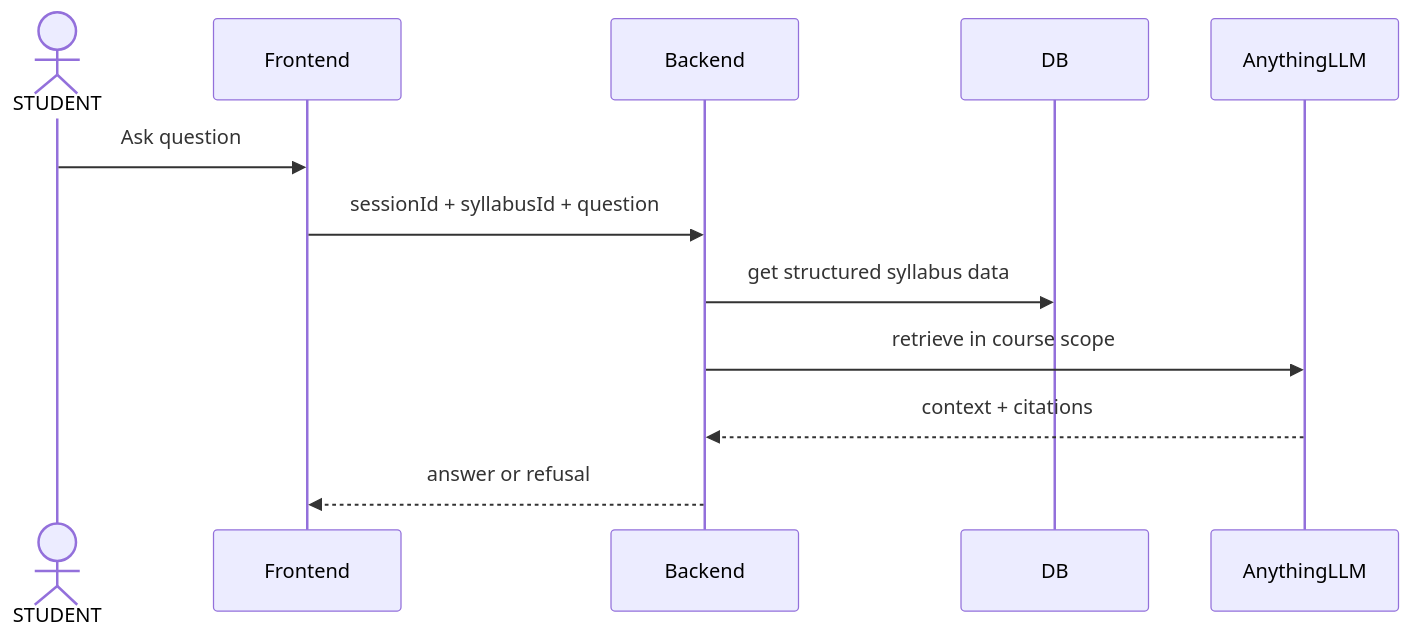
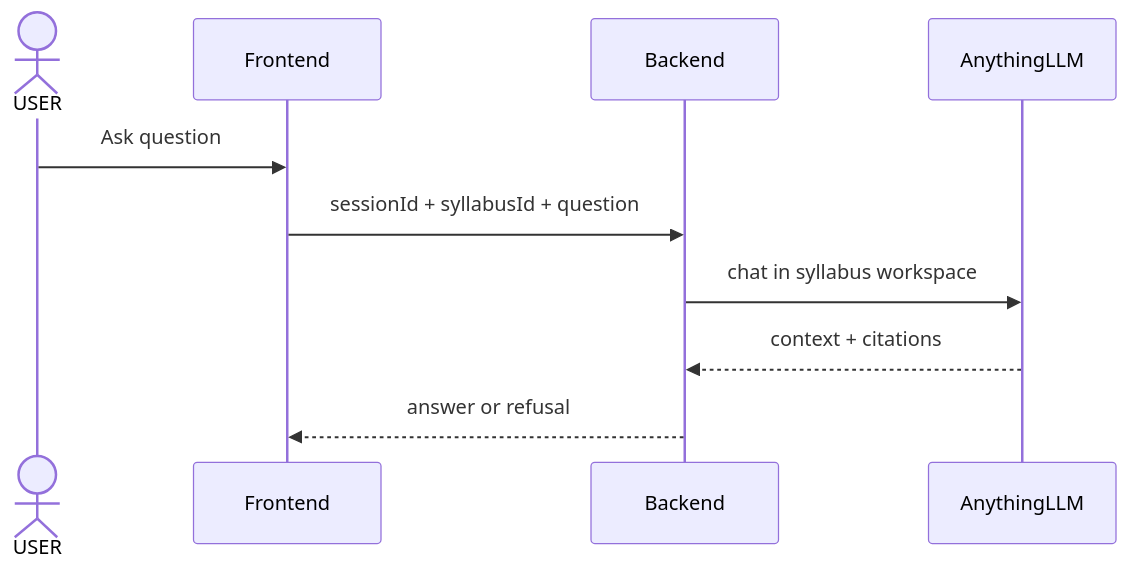
Before and after one commit to lgdlong/chatbot-rag-fptu-sdn: the third of 5 diagrams in docs/srs/docs/sequence_diagrams.md, drawn with Mermaid. The commit also changed other lines of this file and 9 other files, not shown here.

Commit message:
docs(srs): cập nhật phạm vi chat theo syllabus/workspace

````diff
--- a/docs/srs/docs/sequence_diagrams.md
+++ b/docs/srs/docs/sequence_diagrams.md
@@ -44,15 +44,13 @@
 ```mermaid
 sequenceDiagram
-    actor ST as STUDENT
+    actor US as USER
     participant FE as Frontend
     participant BE as Backend
-    participant DB as DB
     participant AL as AnythingLLM
 
-    ST->>FE: Ask question
+    US->>FE: Ask question
     FE->>BE: sessionId + syllabusId + question
-    BE->>DB: get structured syllabus data
-    BE->>AL: retrieve in course scope
+    BE->>AL: chat in syllabus workspace
     AL-->>BE: context + citations
     BE-->>FE: answer or refusal
 ```
````
